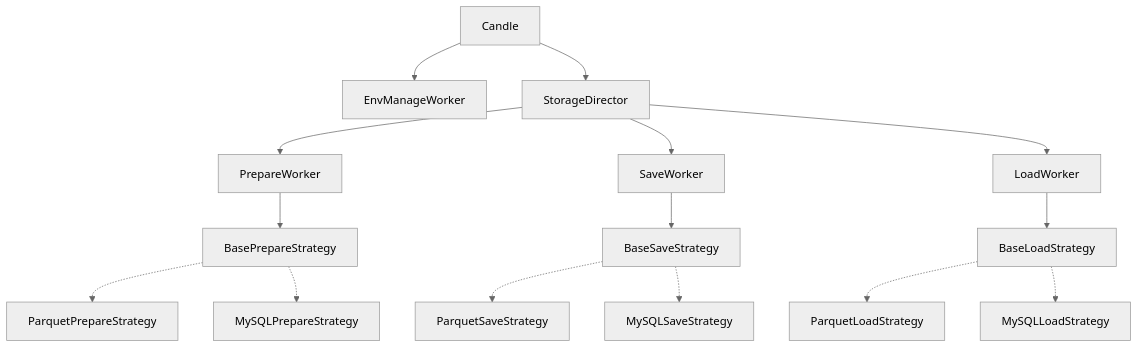
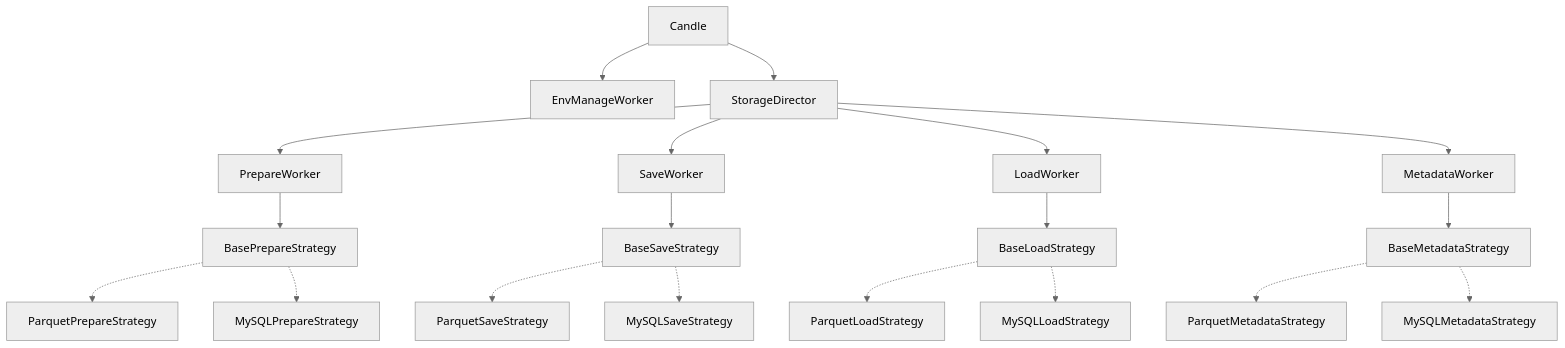
One commit to gatesplan/python-toolbox changed the first of 12 diagrams in packages/financial-assets/financial_assets/candle/Architecture.md. Above: the diagram before and after it, drawn with Mermaid (neutral theme). The commit also changed other lines of this file and 11 other files, not shown here.

````diff
--- a/packages/financial-assets/financial_assets/candle/Architecture.md
+++ b/packages/financial-assets/financial_assets/candle/Architecture.md
@@ -54,39 +56,47 @@
 ```mermaid
 graph TB
     Candle[Candle]
     EnvManageWorker[EnvManageWorker]
     StorageDirector[StorageDirector]
 
     PrepareWorker[PrepareWorker]
     SaveWorker[SaveWorker]
     LoadWorker[LoadWorker]
+    MetadataWorker[MetadataWorker]
 
     BasePrepareStrategy[BasePrepareStrategy]
     BaseSaveStrategy[BaseSaveStrategy]
     BaseLoadStrategy[BaseLoadStrategy]
+    BaseMetadataStrategy[BaseMetadataStrategy]
 
     ParquetPrepare[ParquetPrepareStrategy]
     ParquetSave[ParquetSaveStrategy]
     ParquetLoad[ParquetLoadStrategy]
+    ParquetMetadata[ParquetMetadataStrategy]
 
     MySQLPrepare[MySQLPrepareStrategy]
     MySQLSave[MySQLSaveStrategy]
     MySQLLoad[MySQLLoadStrategy]
+    MySQLMetadata[MySQLMetadataStrategy]
 
     Candle --> EnvManageWorker
     Candle --> StorageDirector
     StorageDirector --> PrepareWorker
     StorageDirector --> SaveWorker
     StorageDirector --> LoadWorker
+    StorageDirector --> MetadataWorker
 
     PrepareWorker --> BasePrepareStrategy
     SaveWorker --> BaseSaveStrategy
     LoadWorker --> BaseLoadStrategy
+    MetadataWorker --> BaseMetadataStrategy
 
     BasePrepareStrategy -.-> ParquetPrepare
     BasePrepareStrategy -.-> MySQLPrepare
     BaseSaveStrategy -.-> ParquetSave
     BaseSaveStrategy -.-> MySQLSave
     BaseLoadStrategy -.-> ParquetLoad
     BaseLoadStrategy -.-> MySQLLoad
+    BaseMetadataStrategy -.-> ParquetMetadata
+    BaseMetadataStrategy -.-> MySQLMetadata
 ```
````
